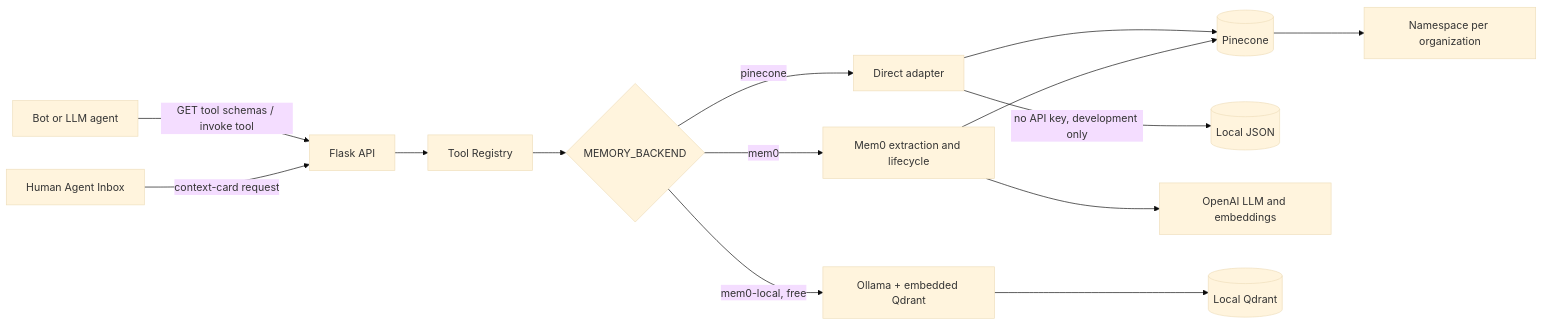
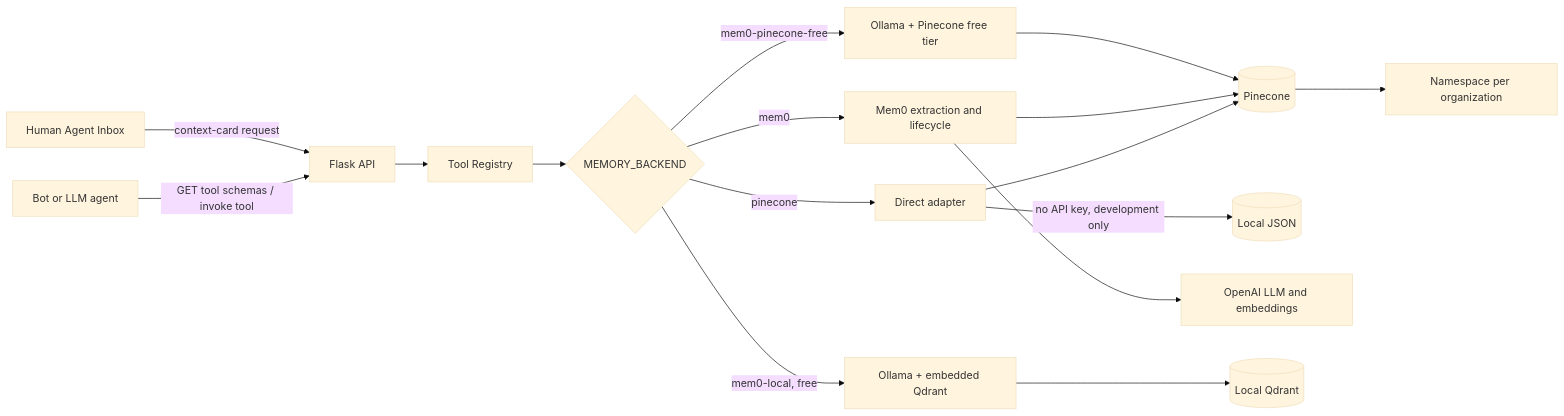
The first of 2 diagrams in ARCHITECTURE.md (Saadia-Asghar/quicktalk-pinecone-memory), drawn with Mermaid (base theme) before and after one commit. The commit also changed 4 other files, not shown here.

Commit message:
Add Ollama with Pinecone free-tier backend

````diff
--- a/ARCHITECTURE.md
+++ b/ARCHITECTURE.md
@@ -9,16 +9,18 @@
 ```mermaid
 flowchart LR
   A[Bot or LLM agent] -->|GET tool schemas / invoke tool| F[Flask API]
   U[Human Agent Inbox] -->|context-card request| F
   F --> R[Tool Registry]
   R --> B{MEMORY_BACKEND}
   B -->|pinecone| D[Direct adapter]
   B -->|mem0| M[Mem0 extraction and lifecycle]
   B -->|mem0-local, free| L[Ollama + embedded Qdrant]
+  B -->|mem0-pinecone-free| FP[Ollama + Pinecone free tier]
   D --> P[(Pinecone)]
   D -->|no API key, development only| J[(Local JSON)]
   M --> O[OpenAI LLM and embeddings]
   M --> P
   L --> Q[(Local Qdrant)]
+  FP --> P
   P --> N[Namespace per organization]
 ```
````
